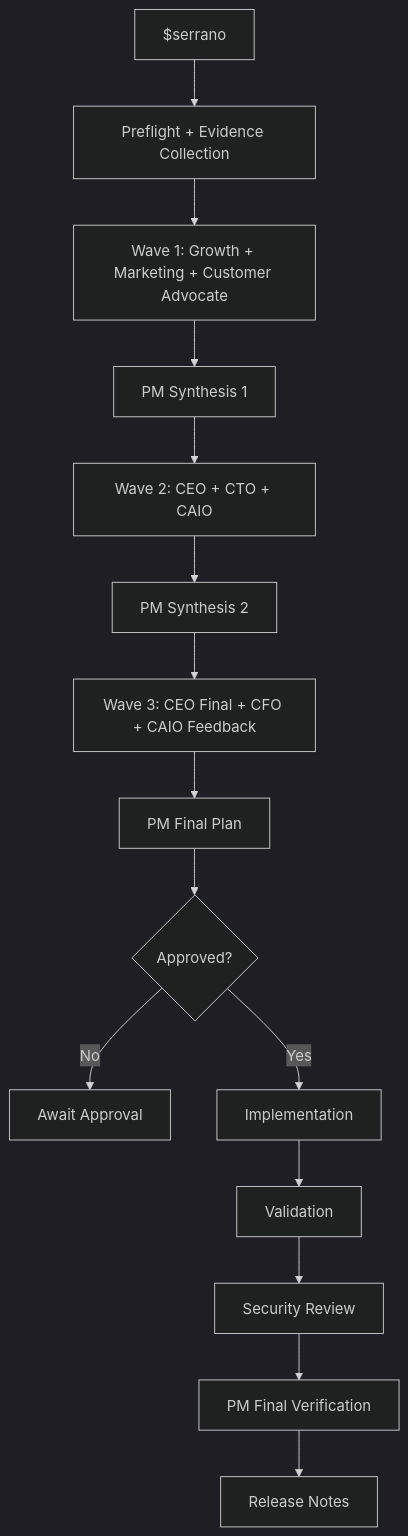
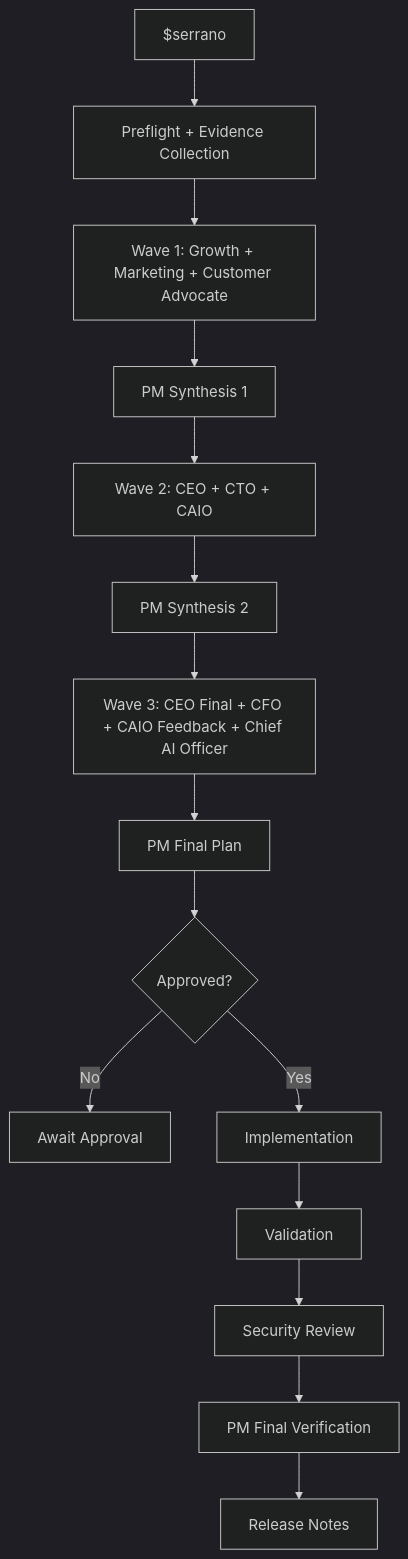
Before and after one commit to buffagocrawl/BuffagoApp: the diagram in Agents/Serrano/README.md, drawn with Mermaid (dark theme). The commit also changed other lines of this file and 7 other files, not shown here.

````diff
--- a/Agents/Serrano/README.md
+++ b/Agents/Serrano/README.md
@@ -23,17 +23,17 @@
 ```mermaid
 flowchart TD
     A[$serrano] --> B[Preflight + Evidence Collection]
     B --> C[Wave 1: Growth + Marketing + Customer Advocate]
     C --> D[PM Synthesis 1]
     D --> E[Wave 2: CEO + CTO + CAIO]
     E --> F[PM Synthesis 2]
-    F --> G[Wave 3: CEO Final + CFO + CAIO Feedback]
+    F --> G[Wave 3: CEO Final + CFO + CAIO Feedback + Chief AI Officer]
     G --> H[PM Final Plan]
     H --> I{Approved?}
     I -->|No| J[Await Approval]
     I -->|Yes| K[Implementation]
     K --> L[Validation]
     L --> M[Security Review]
     M --> N[PM Final Verification]
     N --> O[Release Notes]
 ```
````
